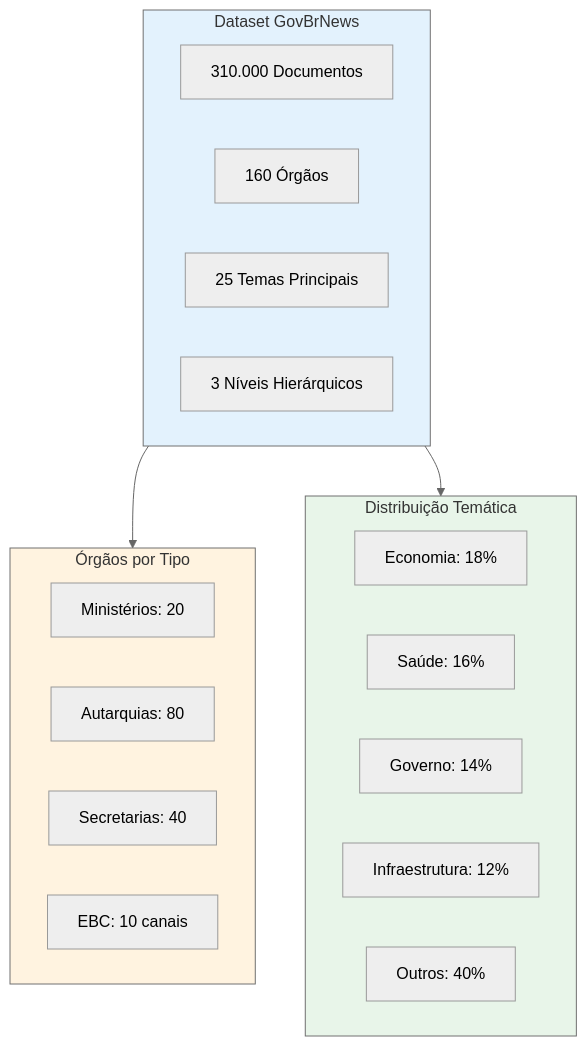
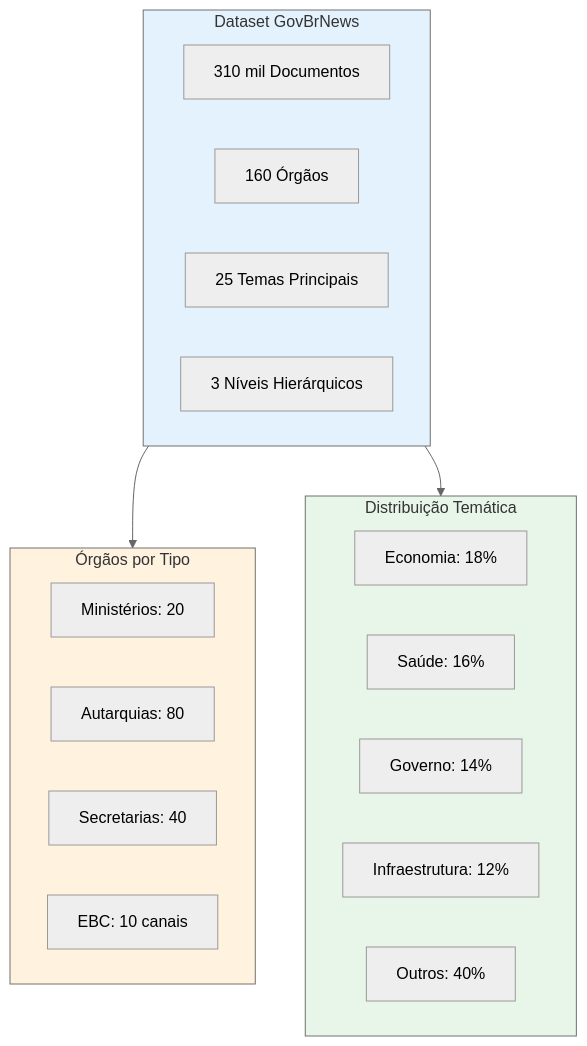
Before and after one commit to destaquesgovbr/docs: the first of 5 diagrams in docs/relatorios/Relatório-Técnico-DestaquesGovbr-Dataset-Diario-Controle-de-Qualidade-26-04-Versao-01.md, drawn with Mermaid (neutral theme).

Commit message:
fix: corrige erro de parsing Mermaid na seção 3.1.2
Substitui notação numérica com pontos (310.000) por "310 mil" e adiciona aspas
em todos os labels dos nós para evitar erro lexical no parser Mermaid.

````diff
--- a/docs/relatorios/Relatório-Técnico-DestaquesGovbr-Dataset-Diario-Controle-de-Qualidade-26-04-Versao-01.md
+++ b/docs/relatorios/Relatório-Técnico-DestaquesGovbr-Dataset-Diario-Controle-de-Qualidade-26-04-Versao-01.md
@@ -88,31 +88,31 @@
 ```mermaid
 flowchart TB
     subgraph DATASET["Dataset GovBrNews"]
-        A[310.000 Documentos]
-        B[160 Órgãos]
-        C[25 Temas Principais]
-        D[3 Níveis Hierárquicos]
+        A["310 mil Documentos"]
+        B["160 Órgãos"]
+        C["25 Temas Principais"]
+        D["3 Níveis Hierárquicos"]
     end
 
     subgraph ORGAOS["Órgãos por Tipo"]
-        E[Ministérios: 20]
-        F[Autarquias: 80]
-        G[Secretarias: 40]
-        H[EBC: 10 canais]
+        E["Ministérios: 20"]
+        F["Autarquias: 80"]
+        G["Secretarias: 40"]
+        H["EBC: 10 canais"]
     end
 
     subgraph TEMAS["Distribuição Temática"]
-        I[Economia: 18%]
-        J[Saúde: 16%]
-        K[Governo: 14%]
-        L[Infraestrutura: 12%]
-        M[Outros: 40%]
+        I["Economia: 18%"]
+        J["Saúde: 16%"]
+        K["Governo: 14%"]
+        L["Infraestrutura: 12%"]
+        M["Outros: 40%"]
     end
 
     DATASET --> ORGAOS
     DATASET --> TEMAS
 
     style DATASET fill:#e3f2fd
     style ORGAOS fill:#fff3e0
     style TEMAS fill:#e8f5e9
 ```
````
